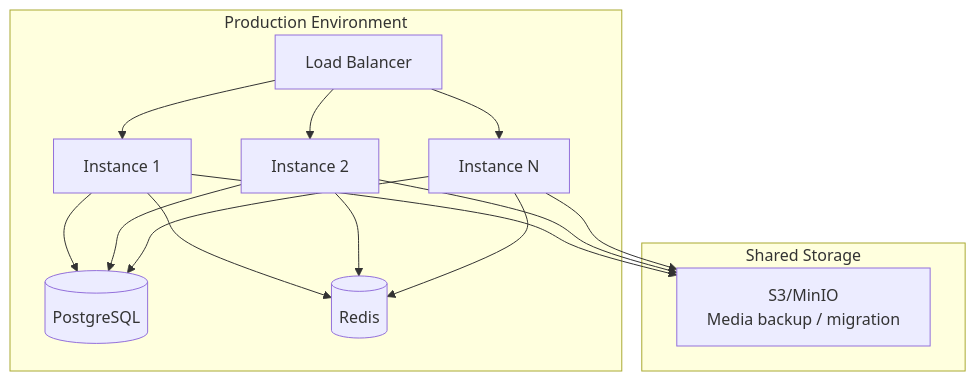
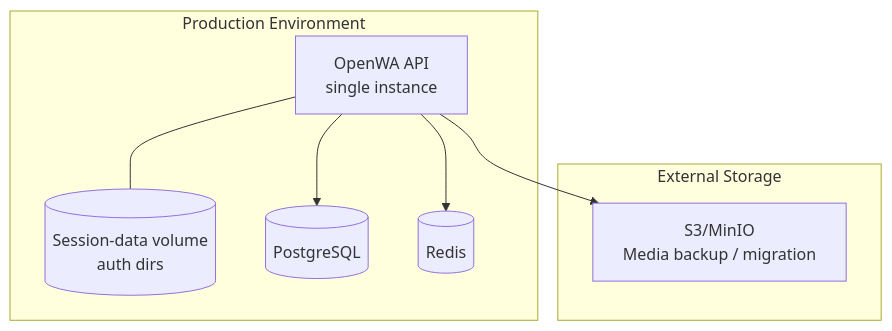
Before and after one commit to nourayman21k/OpenWA: diagram 15 of 24 in docs/03-system-architecture.md, drawn with Mermaid. The commit also changed other lines of this file and 29 other files, not shown here.

````diff
--- a/docs/03-system-architecture.md
+++ b/docs/03-system-architecture.md
@@ -658,24 +640,17 @@
 ```mermaid
 flowchart TB
     subgraph Production["Production Environment"]
-        LB[Load Balancer] --> I1[Instance 1]
-        LB --> I2[Instance 2]
-        LB --> I3[Instance N]
-        
-        I1 --> DB[(PostgreSQL)]
-        I2 --> DB
-        I3 --> DB
-        
-        I1 --> REDIS[(Redis)]
-        I2 --> REDIS
-        I3 --> REDIS
+        API[OpenWA API<br/>single instance]
+        VOL[(Session-data volume<br/>auth dirs)]
+
+        API --- VOL
+        API --> DB[(PostgreSQL)]
+        API --> REDIS[(Redis)]
     end
-    
-    subgraph Storage["Shared Storage"]
+
+    subgraph Storage["External Storage"]
         S3[S3/MinIO<br/>Media backup / migration]
     end
-    
-    I1 --> S3
-    I2 --> S3
-    I3 --> S3
+
+    API --> S3
 ```
````
